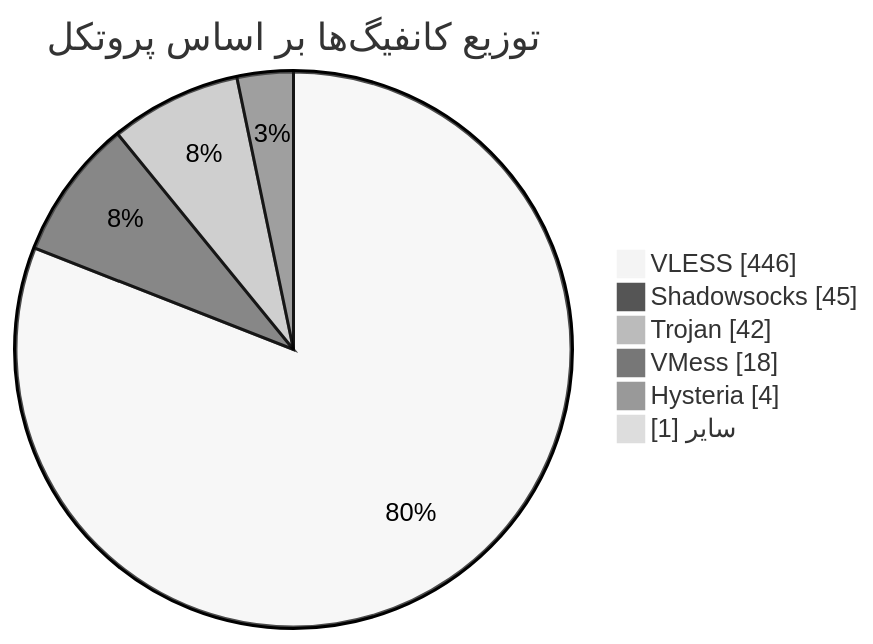
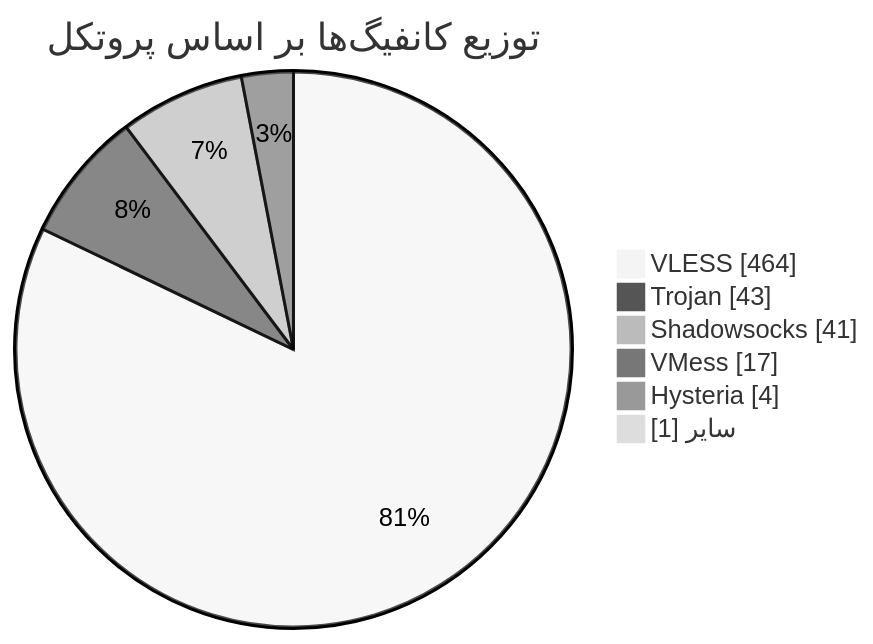
Before and after one commit to Arian-Alijani/Somthing: the diagram in README.md, drawn with Mermaid (neutral theme). The commit also changed other lines of this file and 71 other files, not shown here.

````diff
--- a/README.md
+++ b/README.md
@@ -48,10 +48,10 @@
 ```mermaid
 pie showData
     title توزیع کانفیگ‌ها بر اساس پروتکل
-    "VLESS" : 446
-    "Shadowsocks" : 45
-    "Trojan" : 42
-    "VMess" : 18
+    "VLESS" : 464
+    "Trojan" : 43
+    "Shadowsocks" : 41
+    "VMess" : 17
     "Hysteria" : 4
     "سایر" : 1
 ```
````
